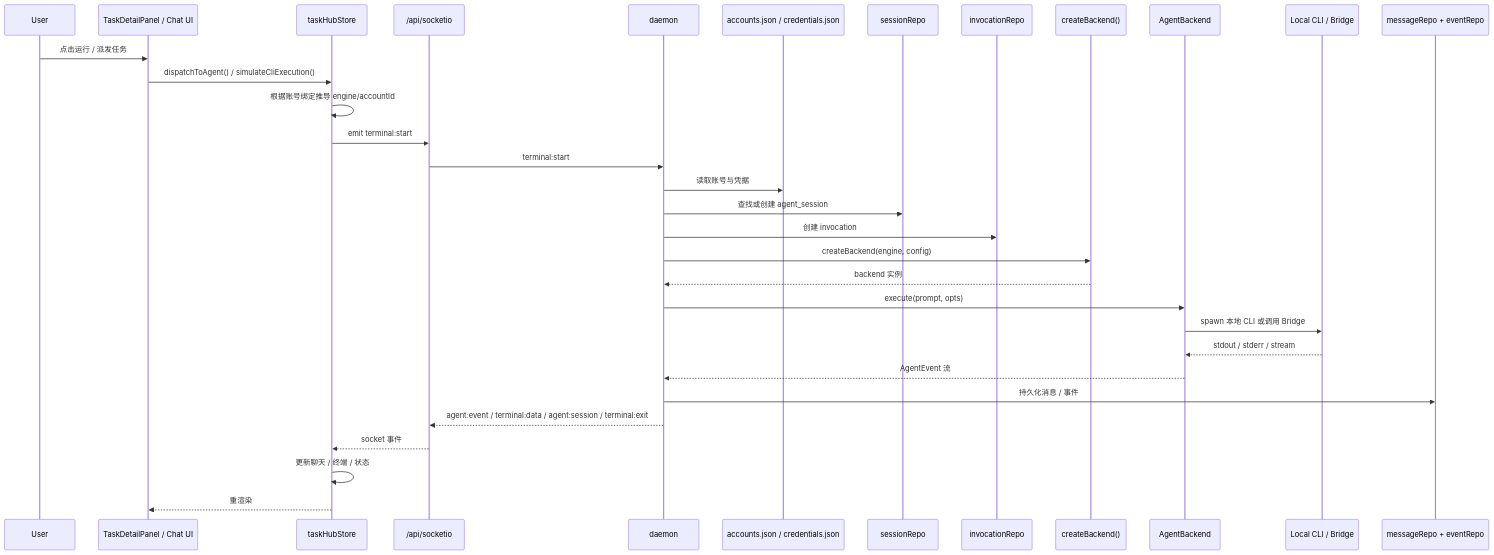
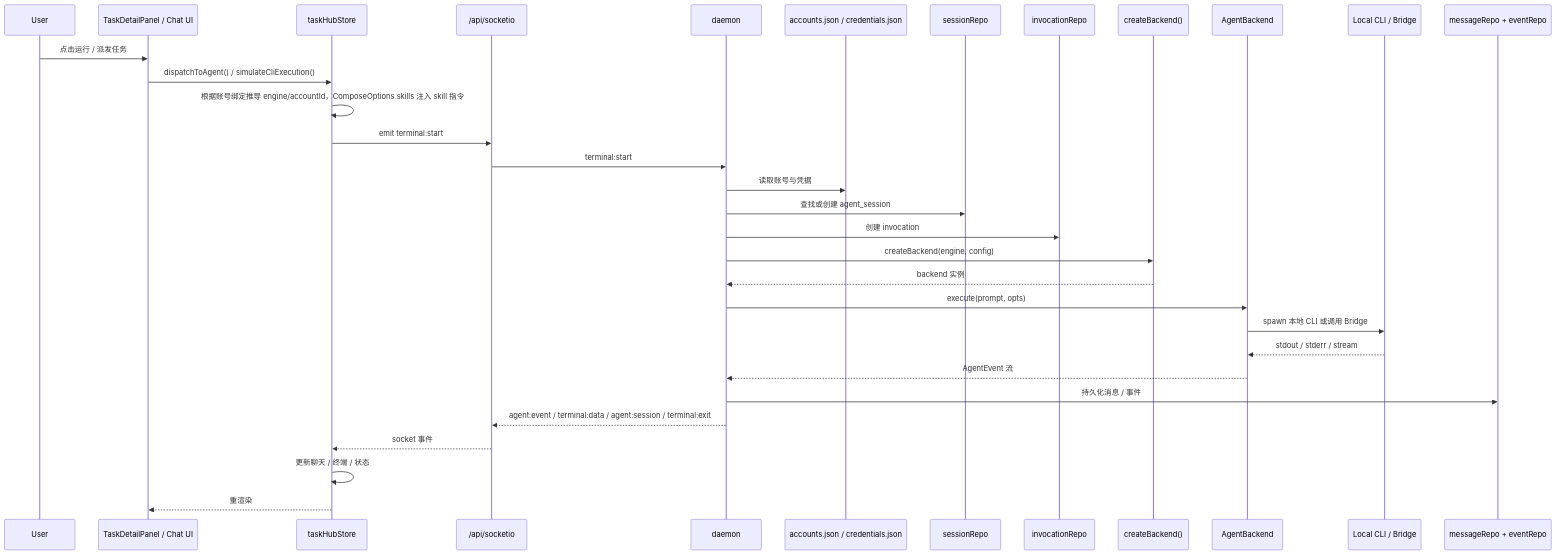
Before and after one commit to changhuaqiu/agent-task-team: the third of 4 diagrams in docs/wiki/07-architecture-diagrams.md, drawn with Mermaid. The commit also changed other lines of this file and 9 other files, not shown here.

First line of the commit message:
docs: update architecture docs for skill system

````diff
--- a/docs/wiki/07-architecture-diagrams.md
+++ b/docs/wiki/07-architecture-diagrams.md
@@ -131,35 +137,35 @@
 ```mermaid
 sequenceDiagram
   participant User as User
   participant UI as TaskDetailPanel / Chat UI
   participant Store as taskHubStore
   participant Socket as /api/socketio
   participant Daemon as daemon
   participant Accounts as accounts.json / credentials.json
   participant SessionRepo as sessionRepo
   participant InvRepo as invocationRepo
   participant Factory as createBackend()
   participant Backend as AgentBackend
   participant CLI as Local CLI / Bridge
   participant MsgRepo as messageRepo + eventRepo
 
   User->>UI: 点击运行 / 派发任务
   UI->>Store: dispatchToAgent() / simulateCliExecution()
-  Store->>Store: 根据账号绑定推导 engine/accountId
+  Store->>Store: 根据账号绑定推导 engine/accountId，ComposeOptions.skills 注入 skill 指令
   Store->>Socket: emit terminal:start
   Socket->>Daemon: terminal:start
   Daemon->>Accounts: 读取账号与凭据
   Daemon->>SessionRepo: 查找或创建 agent_session
   Daemon->>InvRepo: 创建 invocation
   Daemon->>Factory: createBackend(engine, config)
   Factory-->>Daemon: backend 实例
   Daemon->>Backend: execute(prompt, opts)
   Backend->>CLI: spawn 本地 CLI 或调用 Bridge
   CLI-->>Backend: stdout / stderr / stream
   Backend-->>Daemon: AgentEvent 流
   Daemon->>MsgRepo: 持久化消息 / 事件
   Daemon-->>Socket: agent:event / terminal:data / agent:session / terminal:exit
   Socket-->>Store: socket 事件
   Store->>Store: 更新聊天 / 终端 / 状态
   Store-->>UI: 重渲染
 ```
````
